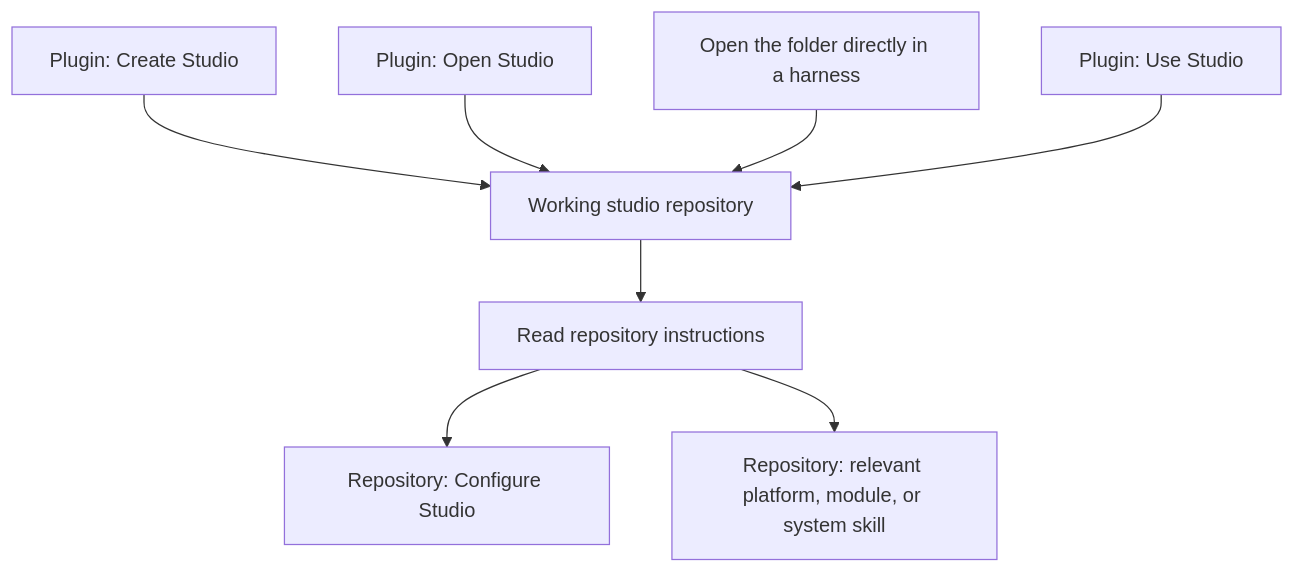
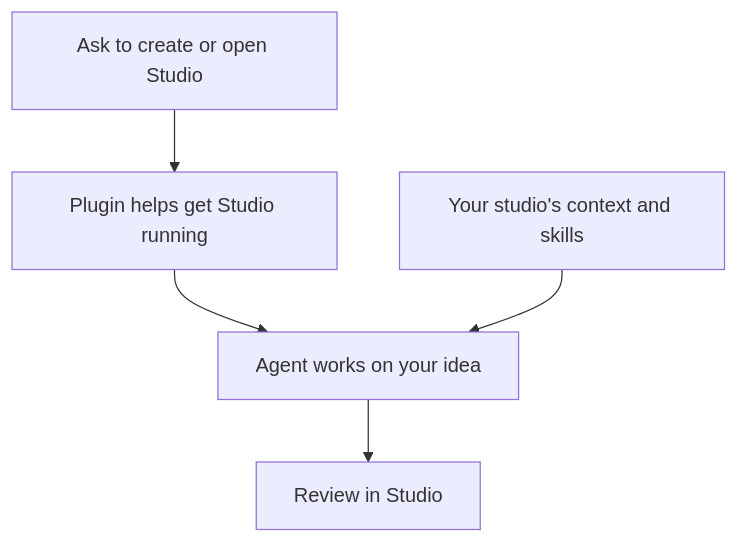
The diagram in src/modules/documentation/pages/agent-plugin.md (itspatmorgan/design-studio-starter), drawn with Mermaid before and after one commit. The commit also changed other lines of this file and 6 other files, not shown here.

Commit message:
Write agent guidance for designers and product managers

````diff
--- a/src/modules/documentation/pages/agent-plugin.md
+++ b/src/modules/documentation/pages/agent-plugin.md
@@ -17,12 +23,9 @@
 ```mermaid
 flowchart TD
-  accTitle: Plugin entry and repository operation
-  accDescr: Create and Open Studio establish a working repository. Use Studio delegates work to that repository. An agent can also enter the repository directly without the plugin.
-  create[Plugin: Create Studio] --> workspace[Working studio repository]
-  reopen[Plugin: Open Studio] --> workspace
-  direct[Open the folder directly in a harness] --> workspace
-  use[Plugin: Use Studio] --> workspace
-  workspace --> entry[Read repository instructions]
-  entry --> configure[Repository: Configure Studio]
-  entry --> tasks[Repository: relevant platform, module, or system skill]
+  accTitle: From opening Studio to exploring an idea
+  accDescr: You ask the agent to create or open a studio. The plugin helps it get the studio running. The agent then uses the studio's guidance to work on your idea, and you review the result.
+  ask[Ask to create or open Studio] --> plugin[Plugin helps get Studio running]
+  plugin --> work[Agent works on your idea]
+  guidance[Your studio's context and skills] --> work
+  work --> review[Review in Studio]
 ```
````
